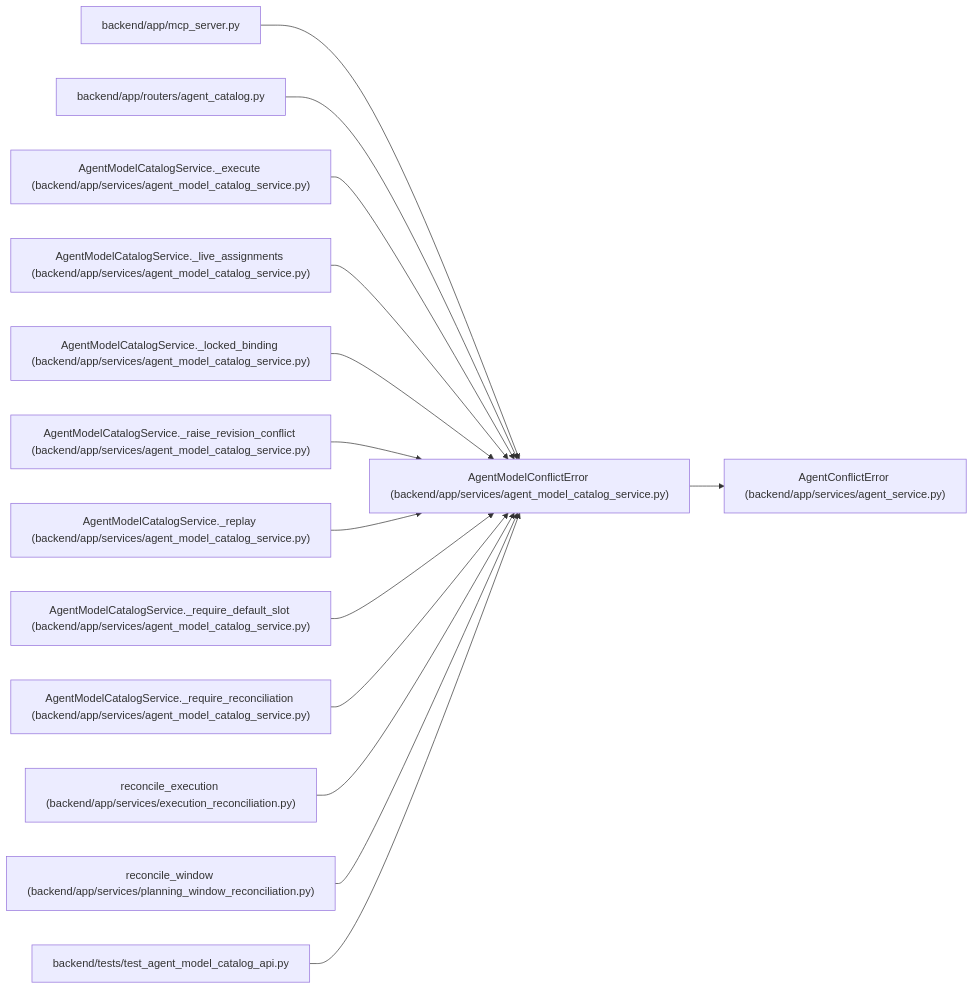
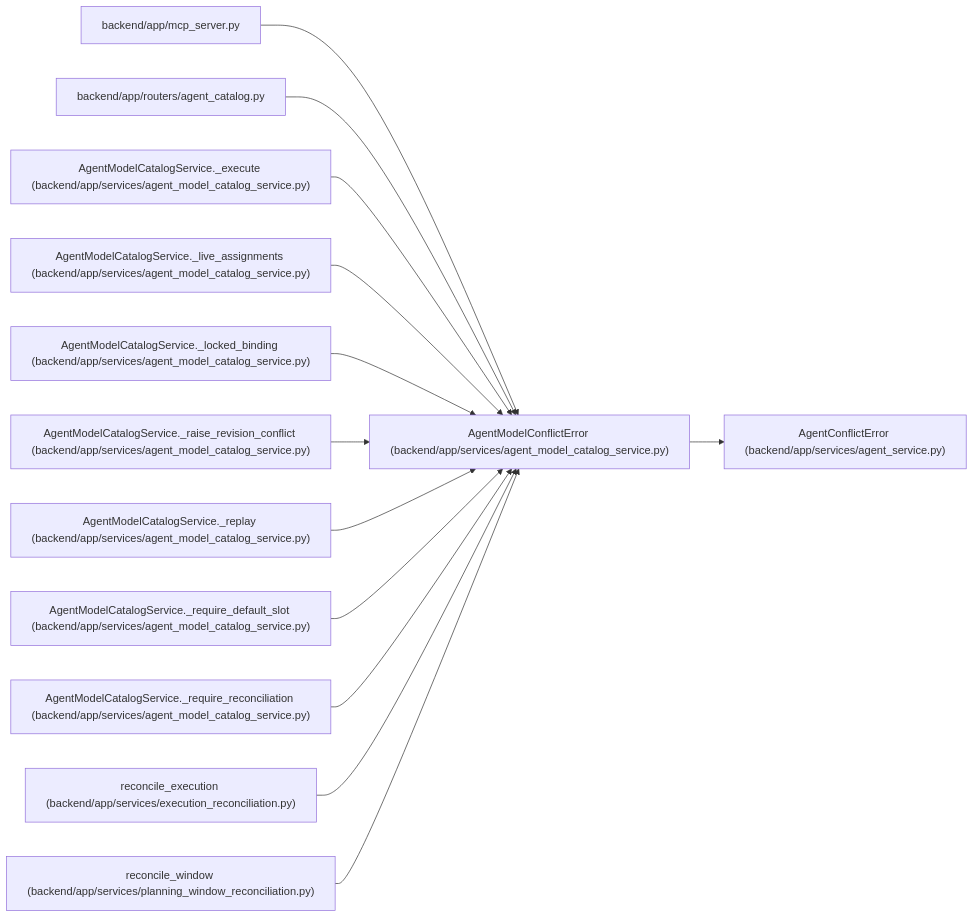
Before and after one commit to Denissvgn/WorkChord: the diagram in docs/llm_wiki/entities/AgentModelConflictError.md, drawn with Mermaid. The commit also changed other lines of this file and 911 other files, not shown here.

Commit message:
Sync the architectural wiki for deployment qualification keys

````diff
--- a/docs/llm_wiki/entities/AgentModelConflictError.md
+++ b/docs/llm_wiki/entities/AgentModelConflictError.md
@@ -26,44 +26,41 @@
 ```mermaid
 flowchart LR
     n0["AgentModelConflictError (backend/app/services/agent_model_catalog_service.py)"]
     n1["AgentConflictError (backend/app/services/agent_service.py)"]
     n2["backend/app/mcp_server.py"]
     n3["backend/app/routers/agent_catalog.py"]
     n4["AgentModelCatalogService._execute (backend/app/services/agent_model_catalog_service.py)"]
     n5["AgentModelCatalogService._live_assignments (backend/app/services/agent_model_catalog_service.py)"]
     n6["AgentModelCatalogService._locked_binding (backend/app/services/agent_model_catalog_service.py)"]
     n7["AgentModelCatalogService._raise_revision_conflict (backend/app/services/agent_model_catalog_service.py)"]
     n8["AgentModelCatalogService._replay (backend/app/services/agent_model_catalog_service.py)"]
     n9["AgentModelCatalogService._require_default_slot (backend/app/services/agent_model_catalog_service.py)"]
     n10["AgentModelCatalogService._require_reconciliation (backend/app/services/agent_model_catalog_service.py)"]
     n11["reconcile_execution (backend/app/services/execution_reconciliation.py)"]
     n12["reconcile_window (backend/app/services/planning_window_reconciliation.py)"]
-    n13["backend/tests/test_agent_model_catalog_api.py"]
     n0 --> n1
     n2 --> n0
     n3 --> n0
     n4 --> n0
     n5 --> n0
     n6 --> n0
     n7 --> n0
     n8 --> n0
     n9 --> n0
     n10 --> n0
     n11 --> n0
     n12 --> n0
-    n13 --> n0
     click n0 "../modules/agent_model_catalog_service.md"
     click n1 "../modules/agent_service.md"
     click n2 "../modules/mcp_server.md"
     click n3 "../modules/agent_catalog.md"
     click n4 "../modules/agent_model_catalog_service.md"
     click n5 "../modules/agent_model_catalog_service.md"
     click n6 "../modules/agent_model_catalog_service.md"
     click n7 "../modules/agent_model_catalog_service.md"
     click n8 "../modules/agent_model_catalog_service.md"
     click n9 "../modules/agent_model_catalog_service.md"
     click n10 "../modules/agent_model_catalog_service.md"
     click n11 "../modules/execution_reconciliation.md"
     click n12 "../modules/planning_window_reconciliation.md"
-    click n13 "../modules/test_agent_model_catalog_api.md"
 ```
````
